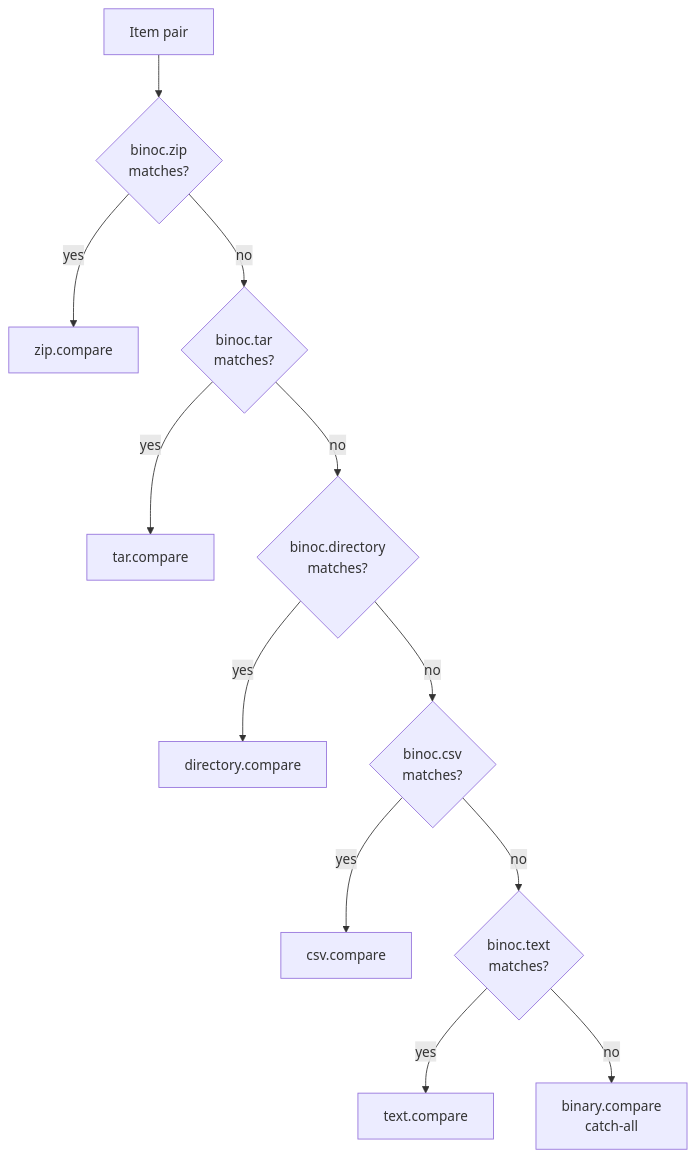
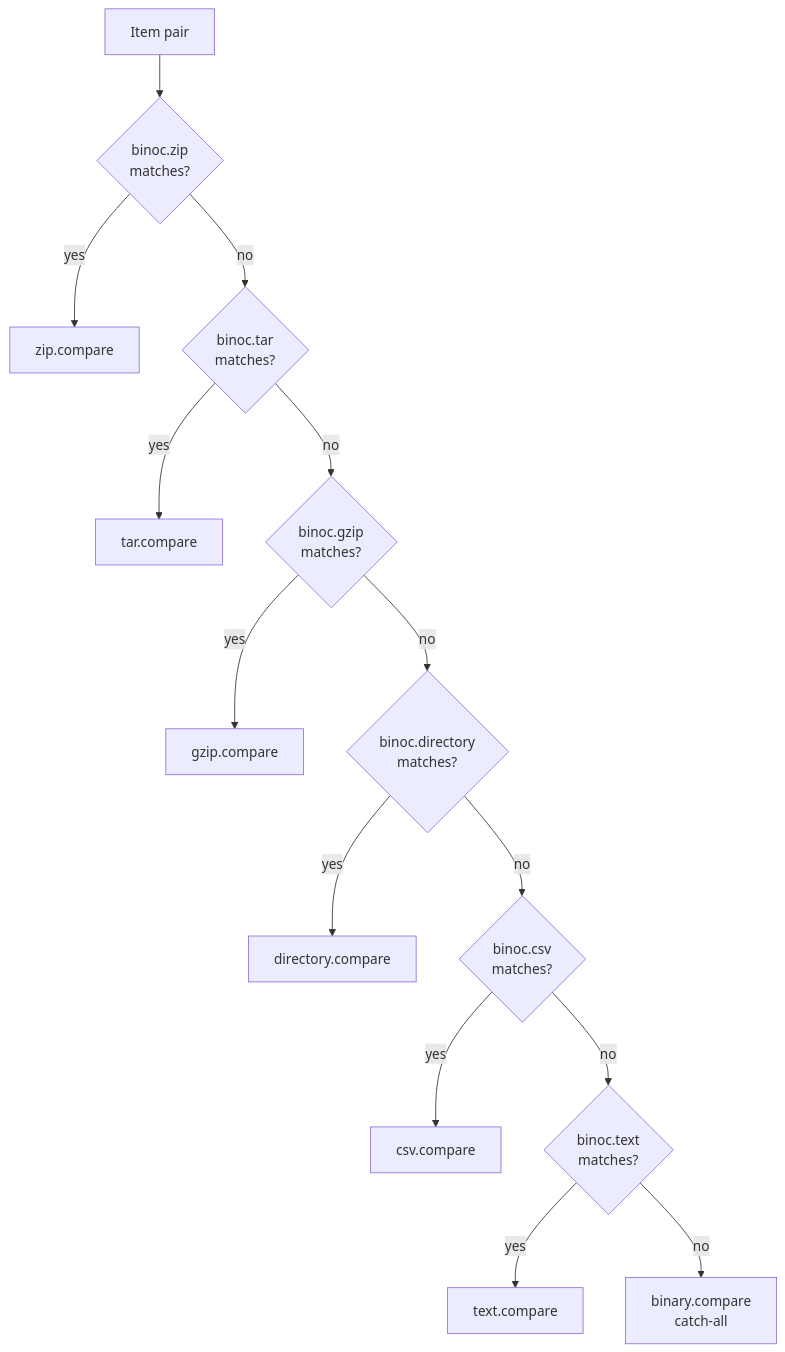
The first of 2 diagrams in docs/explanation/dispatch-model.md (harvard-lil/binoc), drawn with Mermaid before and after one commit. The commit also changed other lines of this file and 23 other files, not shown here.

````diff
--- a/docs/explanation/dispatch-model.md
+++ b/docs/explanation/dispatch-model.md
@@ -37,14 +37,16 @@
 ```mermaid
 flowchart TD
     Pair[Item pair] --> P1{binoc.zip<br/>matches?}
     P1 -->|yes| C1[zip.compare]
     P1 -->|no| P2{binoc.tar<br/>matches?}
     P2 -->|yes| C2[tar.compare]
-    P2 -->|no| P3{binoc.directory<br/>matches?}
-    P3 -->|yes| C3[directory.compare]
-    P3 -->|no| P4{binoc.csv<br/>matches?}
-    P4 -->|yes| C4[csv.compare]
-    P4 -->|no| P5{binoc.text<br/>matches?}
-    P5 -->|yes| C5[text.compare]
-    P5 -->|no| C6[binary.compare<br/>catch-all]
+    P2 -->|no| P3{binoc.gzip<br/>matches?}
+    P3 -->|yes| C3[gzip.compare]
+    P3 -->|no| P4{binoc.directory<br/>matches?}
+    P4 -->|yes| C4[directory.compare]
+    P4 -->|no| P5{binoc.csv<br/>matches?}
+    P5 -->|yes| C5[csv.compare]
+    P5 -->|no| P6{binoc.text<br/>matches?}
+    P6 -->|yes| C6[text.compare]
+    P6 -->|no| C7[binary.compare<br/>catch-all]
 ```
````
